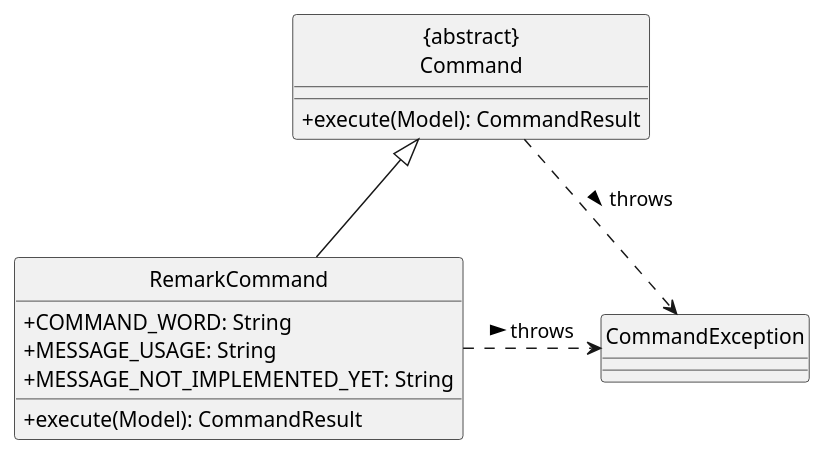
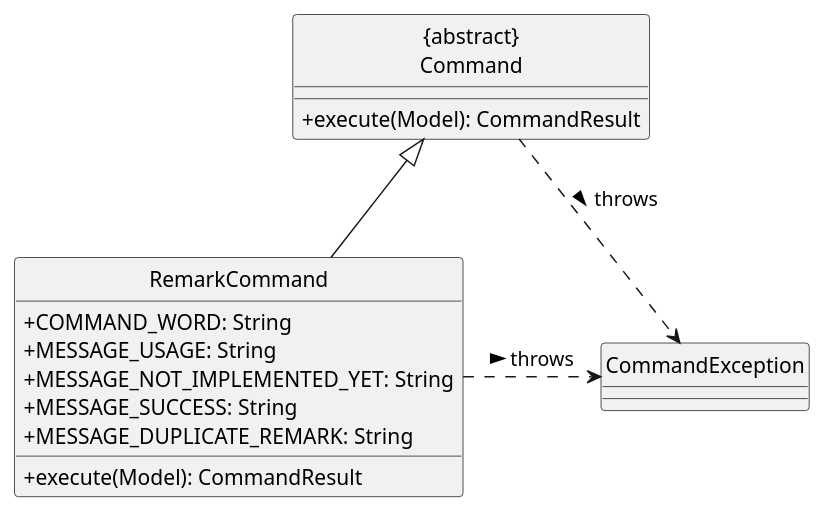
Before and after one commit to nus-cs2103-AY2425S1/tp: the diagram in docs/diagrams/add-remark/RemarkClass.puml, drawn with PlantUML.

Commit message:
Update uml

```diff
--- a/docs/diagrams/add-remark/RemarkClass.puml
+++ b/docs/diagrams/add-remark/RemarkClass.puml
@@ -1,19 +1,21 @@
 @startuml
 hide circle
 skinparam classAttributeIconSize 0
 
 Class "{abstract}\nCommand" as Command {
   +execute(Model): CommandResult
 }
 Class RemarkCommand {
   +COMMAND_WORD: String
   +MESSAGE_USAGE: String
   +MESSAGE_NOT_IMPLEMENTED_YET: String
+  +MESSAGE_SUCCESS: String
+  +MESSAGE_DUPLICATE_REMARK: String
   +execute(Model): CommandResult
 }
 Class CommandException
 
 RemarkCommand -up-|> Command
 Command ..> CommandException: throws >
 RemarkCommand .right.> CommandException: throws >
 @enduml
```
